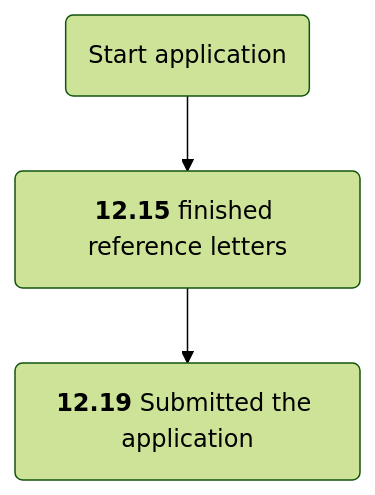
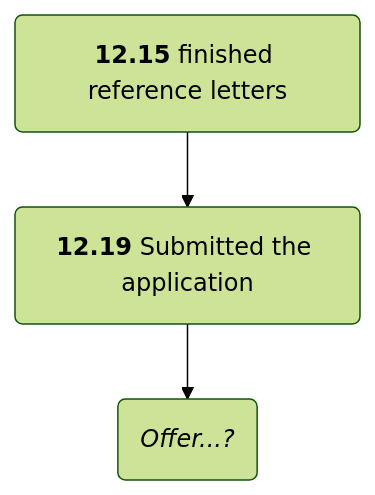
One commit to Revive-dontwanttocode/Revive-dontwanttocode.github.io changed diagram 13 of 13 in _posts/2023-12-15-24Fall申请记录.md. Above: the diagram before and after it, drawn with Mermaid (forest theme). The commit also changed other lines of this file and 1 other file, not shown here.

````diff
--- a/_posts/2023-12-15-24Fall申请记录.md
+++ b/_posts/2023-12-15-24Fall申请记录.md
@@ -291,7 +262,7 @@
 ```mermaid
 flowchart
-    StartApplication("`Start application`")
     FinishReference("`**12.15** finished reference letters`")
     SubmittedApplication("`**12.19** Submitted the application`")
-    StartApplication --> FinishReference --> SubmittedApplication
+    Offer("`*Offer...?*`")
+    FinishReference --> SubmittedApplication --> Offer
 ```
````
